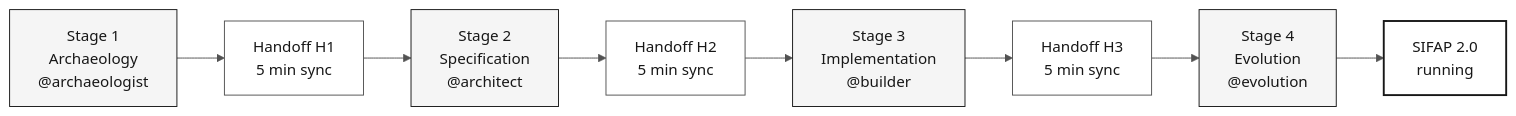
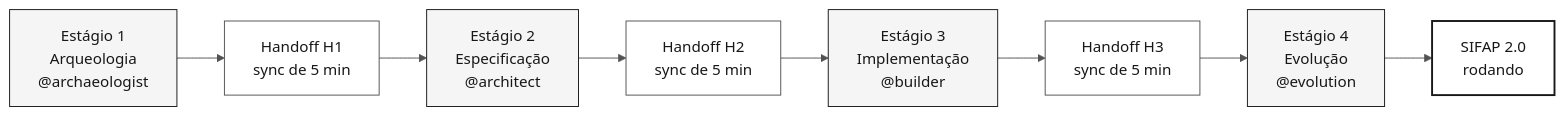
The diagram in README.md (paulasilvatech/datacorp-sifap-team-kit-pt-br), drawn with Mermaid before and after one commit. The commit also changed other lines of this file and 361 other files, not shown here.

````diff
--- a/README.md
+++ b/README.md
@@ -53,18 +62,18 @@
 ```mermaid
 %%{init: {'theme':'neutral','themeVariables':{'fontFamily':'ui-sans-serif, system-ui, sans-serif','primaryColor':'#F5F5F5','primaryTextColor':'#171717','primaryBorderColor':'#171717','lineColor':'#525252','secondaryColor':'#FFFFFF','tertiaryColor':'#FAFAFA','background':'#FFFFFF'}}}%%
 flowchart LR
     classDef step fill:#F5F5F5,stroke:#171717,color:#171717
     classDef handoff fill:#FFFFFF,stroke:#525252,color:#171717
     classDef result fill:#FFFFFF,stroke:#171717,color:#171717,stroke-width:2px
 
-    E1["Stage 1<br/>Archaeology<br/>@archaeologist"]:::step
-    H1["Handoff H1<br/>5 min sync"]:::handoff
-    E2["Stage 2<br/>Specification<br/>@architect"]:::step
-    H2["Handoff H2<br/>5 min sync"]:::handoff
-    E3["Stage 3<br/>Implementation<br/>@builder"]:::step
-    H3["Handoff H3<br/>5 min sync"]:::handoff
-    E4["Stage 4<br/>Evolution<br/>@evolution"]:::step
-    R["SIFAP 2.0<br/>running"]:::result
+    E1["Estágio 1<br/>Arqueologia<br/>@archaeologist"]:::step
+    H1["Handoff H1<br/>sync de 5 min"]:::handoff
+    E2["Estágio 2<br/>Especificação<br/>@architect"]:::step
+    H2["Handoff H2<br/>sync de 5 min"]:::handoff
+    E3["Estágio 3<br/>Implementação<br/>@builder"]:::step
+    H3["Handoff H3<br/>sync de 5 min"]:::handoff
+    E4["Estágio 4<br/>Evolução<br/>@evolution"]:::step
+    R["SIFAP 2.0<br/>rodando"]:::result
 
     E1 --> H1 --> E2 --> H2 --> E3 --> H3 --> E4 --> R
 ```
````
